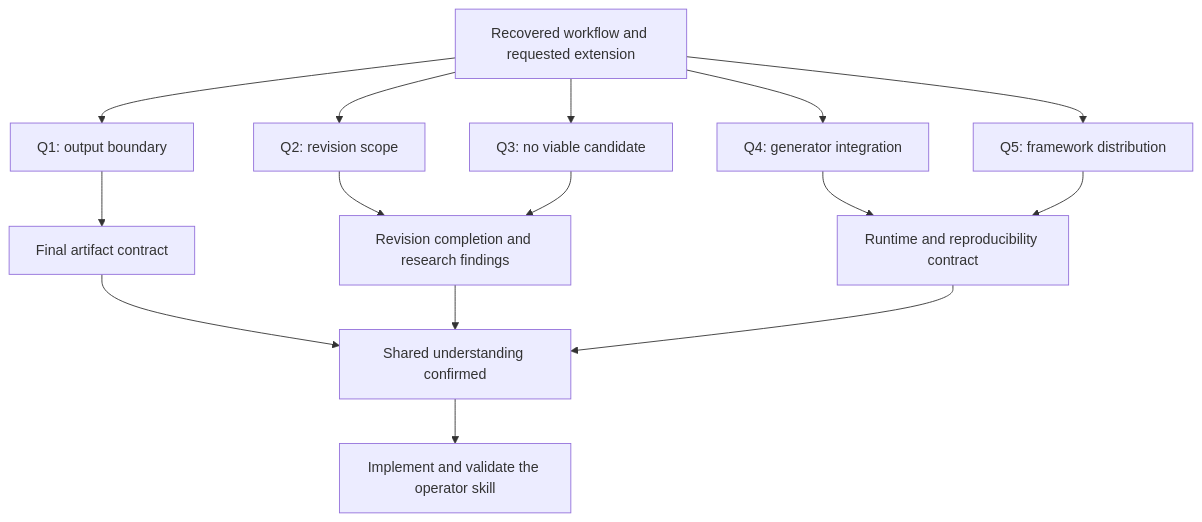
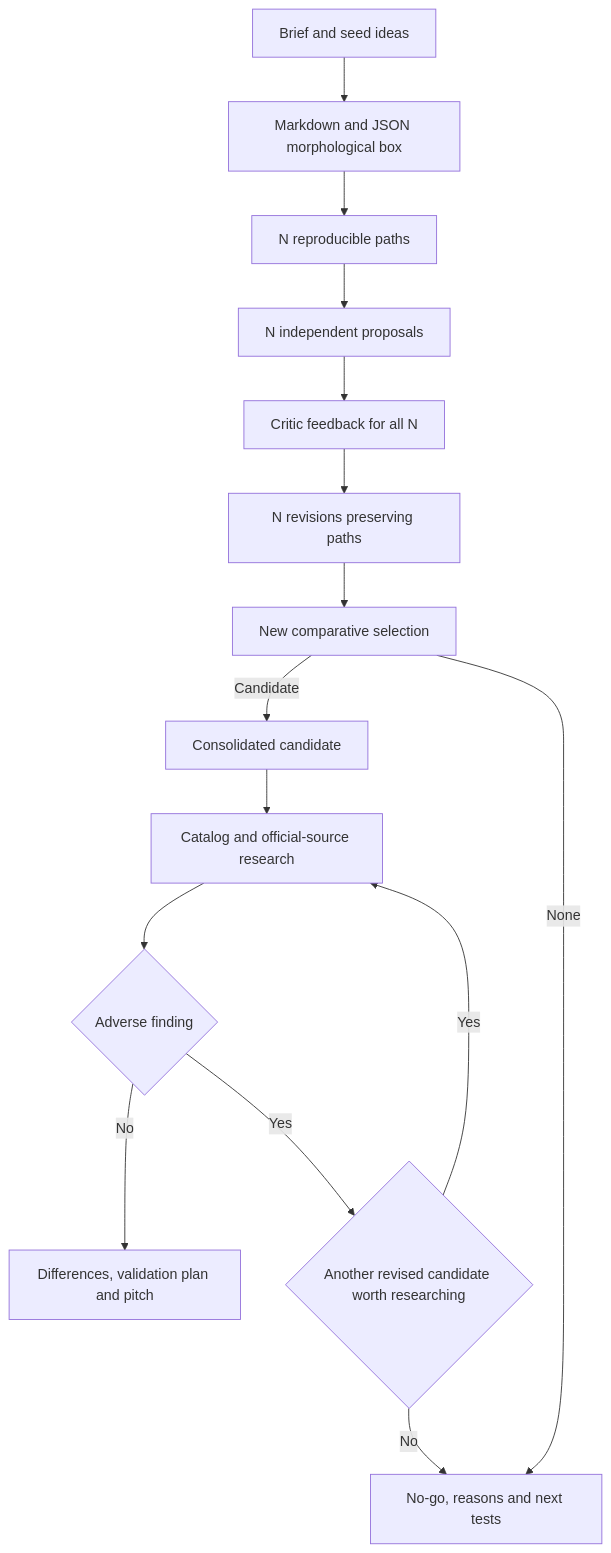
The diagram in docs/morphological-project-design/workflow.md (MathBorgess/skills-catalog), drawn with Mermaid before and after one commit. The commit also changed other lines of this file and 19 other files, not shown here.

Commit message:
feat: add morphological project design operator

````diff
--- a/docs/morphological-project-design/workflow.md
+++ b/docs/morphological-project-design/workflow.md
@@ -52,17 +79,17 @@
 ```mermaid
 flowchart TD
-  Brief[Recovered workflow and requested extension] --> Boundary[Q1: output boundary]
-  Brief --> Revision[Q2: revision scope]
-  Brief --> Rejection[Q3: no viable candidate]
-  Brief --> Box[Q4: generator integration]
-  Brief --> Terms[Q5: framework distribution]
-  Boundary --> Outputs[Final artifact contract]
-  Revision --> Completion[Revision completion and research findings]
-  Rejection --> Completion
-  Box --> Runtime[Runtime and reproducibility contract]
-  Terms --> Runtime
-  Outputs --> Agreement[Shared understanding confirmed]
-  Completion --> Agreement
-  Runtime --> Agreement
-  Agreement --> Implementation[Implement and validate the operator skill]
+  Ideas[Brief and seed ideas] --> Box[Markdown and JSON morphological box]
+  Box --> Paths[N reproducible paths]
+  Paths --> First[N independent proposals]
+  First --> Critic1[Critic feedback for all N]
+  Critic1 --> Second[N revisions preserving paths]
+  Second --> Critic2[New comparative selection]
+  Critic2 -->|Candidate| Consolidation[Consolidated candidate]
+  Critic2 -->|None| NoGo[No-go, reasons and next tests]
+  Consolidation --> Research[Catalog and official-source research]
+  Research --> Finding{Adverse finding}
+  Finding -->|No| Packet[Differences, validation plan and pitch]
+  Finding -->|Yes| Reselect{Another revised candidate worth researching}
+  Reselect -->|Yes| Research
+  Reselect -->|No| NoGo
 ```
````
